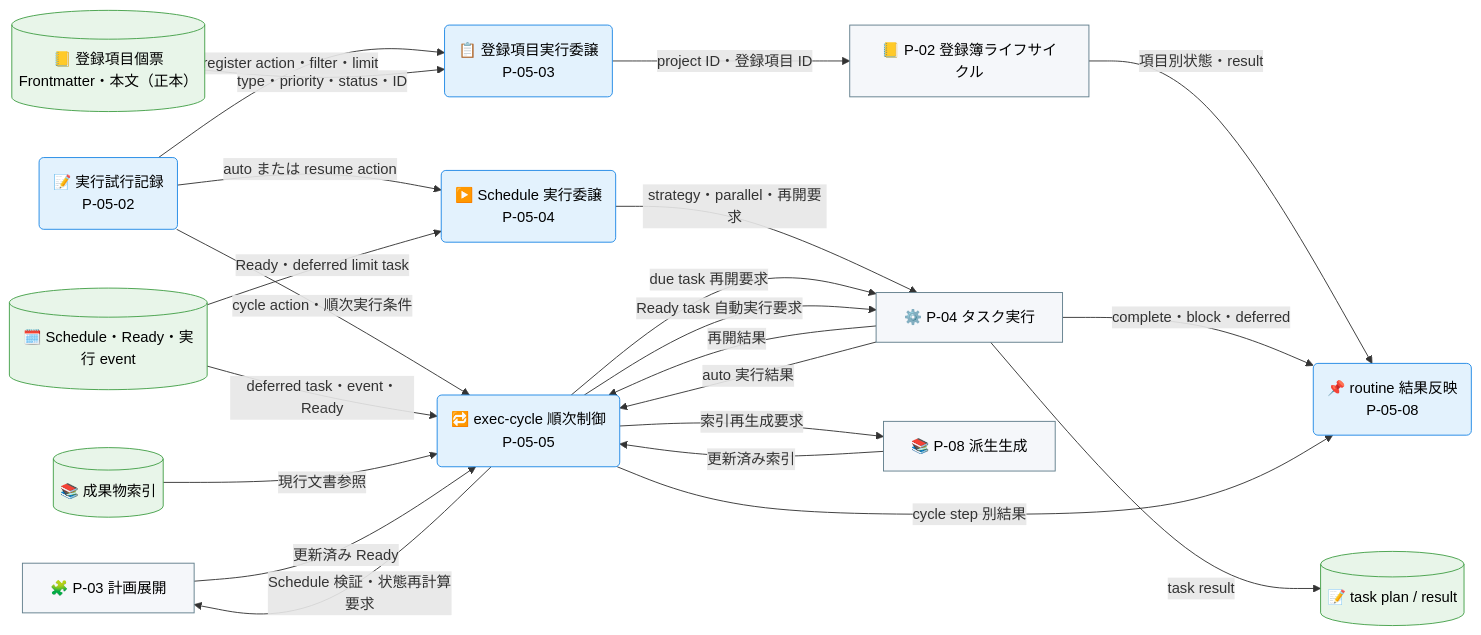
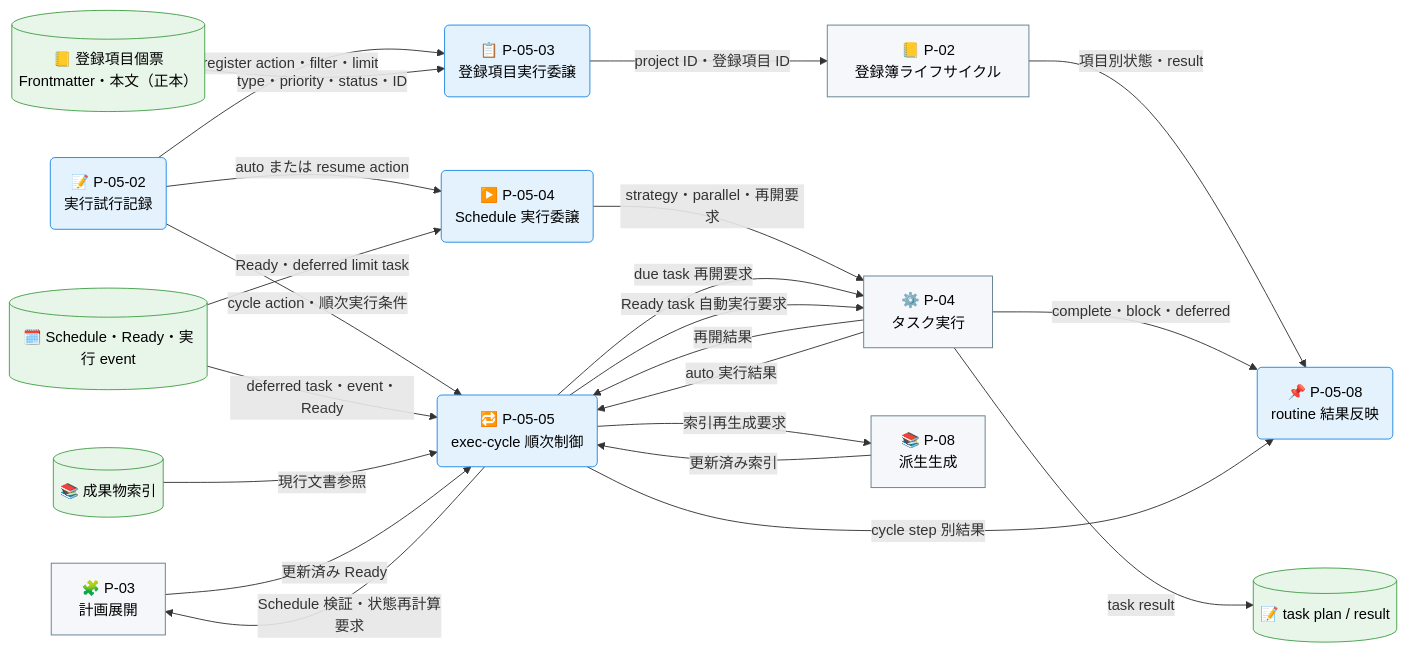
The second of 3 diagrams in docs/ja/product/010-business-specs/010-data-flow/cdfd-routine.md (specdojo/specdojo), drawn with Mermaid before and after one commit. The commit also changed other lines of this file and 7 other files, not shown here.

````diff
--- a/docs/ja/product/010-business-specs/010-data-flow/cdfd-routine.md
+++ b/docs/ja/product/010-business-specs/010-data-flow/cdfd-routine.md
@@ -123,52 +123,52 @@
 ```mermaid
 flowchart LR
   classDef process fill:#e3f2fd,stroke:#1e88e5,color:#000
   classDef storeMaster fill:#c8e6c9,stroke:#2e7d32,color:#000
   classDef storeTransaction fill:#e8f5e9,stroke:#43a047,color:#000
   classDef actor fill:#f5f7fa,stroke:#607d8b,color:#000
 
-  登録簿ライフサイクル先["📒 P-02 登録簿ライフサイクル"]
-  計画展開先["🧩 P-03 計画展開"]
-  タスク実行先["⚙️ P-04 タスク実行"]
-  派生生成先["📚 P-08 派生生成"]
+  登録簿ライフサイクル先["📒 P-02<br>登録簿ライフサイクル"]
+  計画展開先["🧩 P-03<br>計画展開"]
+  タスク実行先["⚙️ P-04<br>タスク実行"]
+  派生生成先["📚 P-08<br>派生生成"]
 
-  実行試行記録("📝 実行試行記録<br>P-05-02")
-  登録項目実行委譲("📋 登録項目実行委譲<br>P-05-03")
-  Schedule実行委譲("▶️ Schedule 実行委譲<br>P-05-04")
-  execCycle順次制御("🔁 exec-cycle 順次制御<br>P-05-05")
-  routine結果反映("📌 routine 結果反映<br>P-05-08")
+  実行試行記録("📝 P-05-02<br>実行試行記録")
+  登録項目実行委譲("📋 P-05-03<br>登録項目実行委譲")
+  Schedule実行委譲("▶️ P-05-04<br>Schedule 実行委譲")
+  execCycle順次制御("🔁 P-05-05<br>exec-cycle 順次制御")
+  routine結果反映("📌 P-05-08<br>routine 結果反映")
 
   登録項目個票[("📒 登録項目個票<br>Frontmatter・本文（正本）")]
   Schedule実行記録[("🗓️ Schedule・Ready・実行 event")]
   成果物索引[("📚 成果物索引")]
   planResult[("📝 task plan / result")]
 
   実行試行記録 -->|"register action・filter・limit"| 登録項目実行委譲
   登録項目個票 -->|"type・priority・status・ID"| 登録項目実行委譲
   登録項目実行委譲 -->|"project ID・登録項目 ID"| 登録簿ライフサイクル先
   登録簿ライフサイクル先 -->|"項目別状態・result"| routine結果反映
 
   実行試行記録 -->|"auto または resume action"| Schedule実行委譲
   Schedule実行記録 -->|"Ready・deferred limit task"| Schedule実行委譲
   Schedule実行委譲 -->|"strategy・parallel・再開要求"| タスク実行先
   タスク実行先 -->|"complete・block・deferred"| routine結果反映
 
   実行試行記録 -->|"cycle action・順次実行条件"| execCycle順次制御
   Schedule実行記録 -->|"deferred task・event・Ready"| execCycle順次制御
   成果物索引 -->|"現行文書参照"| execCycle順次制御
   execCycle順次制御 -->|"due task 再開要求"| タスク実行先
   タスク実行先 -->|"再開結果"| execCycle順次制御
   execCycle順次制御 -->|"索引再生成要求"| 派生生成先
   派生生成先 -->|"更新済み索引"| execCycle順次制御
   execCycle順次制御 -->|"Schedule 検証・状態再計算要求"| 計画展開先
   計画展開先 -->|"更新済み Ready"| execCycle順次制御
   execCycle順次制御 -->|"Ready task 自動実行要求"| タスク実行先
   タスク実行先 -->|"auto 実行結果"| execCycle順次制御
   execCycle順次制御 -->|"cycle step 別結果"| routine結果反映
 
   タスク実行先 -->|"task result"| planResult
 
   class 実行試行記録,登録項目実行委譲,Schedule実行委譲,execCycle順次制御,routine結果反映 process
   class 登録項目個票,Schedule実行記録,成果物索引,planResult storeTransaction
   class 登録簿ライフサイクル先,計画展開先,タスク実行先,派生生成先 actor
 ```
````
